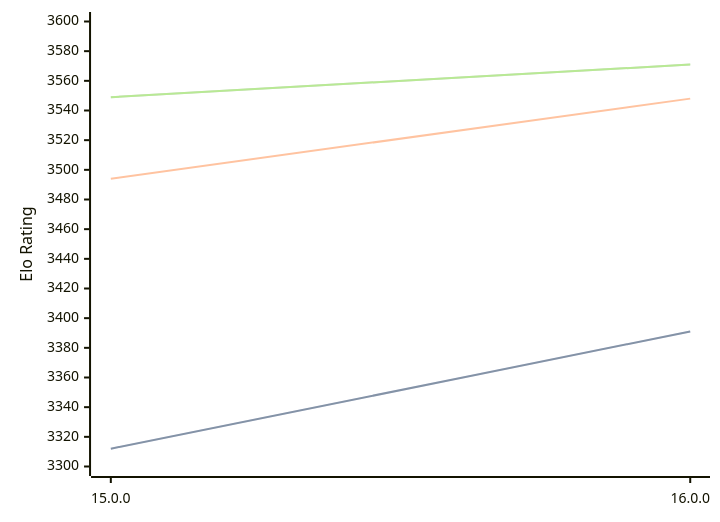
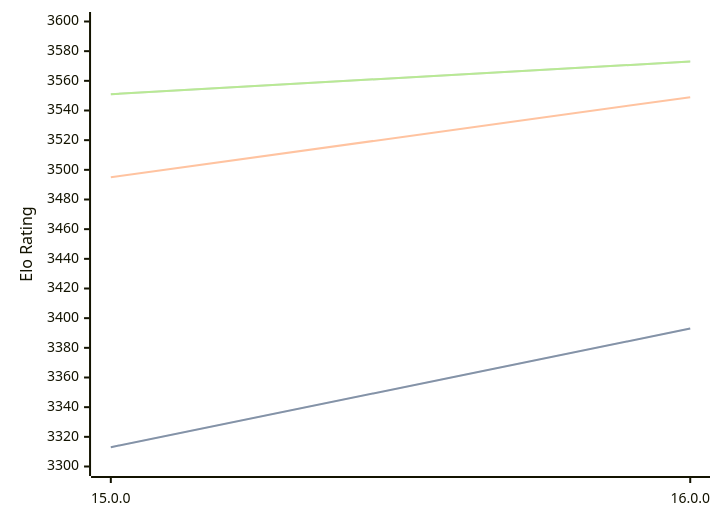
The diagram in engines/Halogen.md (computer-chess-index/cci), drawn with Mermaid before and after one commit. The commit also changed other lines of this file, not shown here.

Commit message:
Update CCI Ratings (ELO VLTC) - 2026-03-29

````diff
--- a/engines/Halogen.md
+++ b/engines/Halogen.md
@@ -50,11 +50,11 @@
 ```mermaid
 %%{init: {"theme":"base","themeVariables":{"seriesColors:['#a3a3a3','#222221','#faa371']}}}%%
 xychart-beta
   x-axis ["15.0.0", "16.0.0"]
   y-axis "Elo Rating" 3300 --> 3600
-  line "STC (8.0+0.08s)" [3312, 3391]
-  line "STC (8.0+0.08s)" [3312, 3391]
-  line "LTC (60.0+0.60s)" [3494, 3548]
-  line "VLTC (2m24s+1.12s)" [3549, 3571]
-  line "VLTC (2m24s+1.12s)" [3549, 3571]
+  line "STC (8.0+0.08s)" [3313, 3393]
+  line "STC (8.0+0.08s)" [3313, 3393]
+  line "LTC (60.0+0.60s)" [3495, 3549]
+  line "VLTC (2m24s+1.12s)" [3551, 3573]
+  line "VLTC (2m24s+1.12s)" [3551, 3573]
 ```
````
